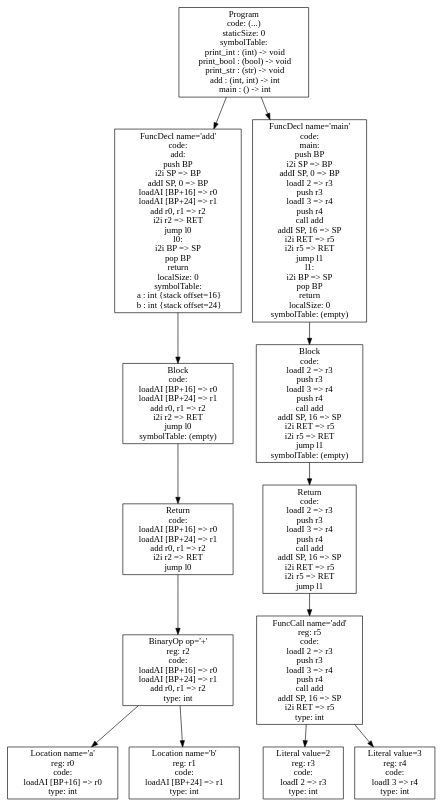
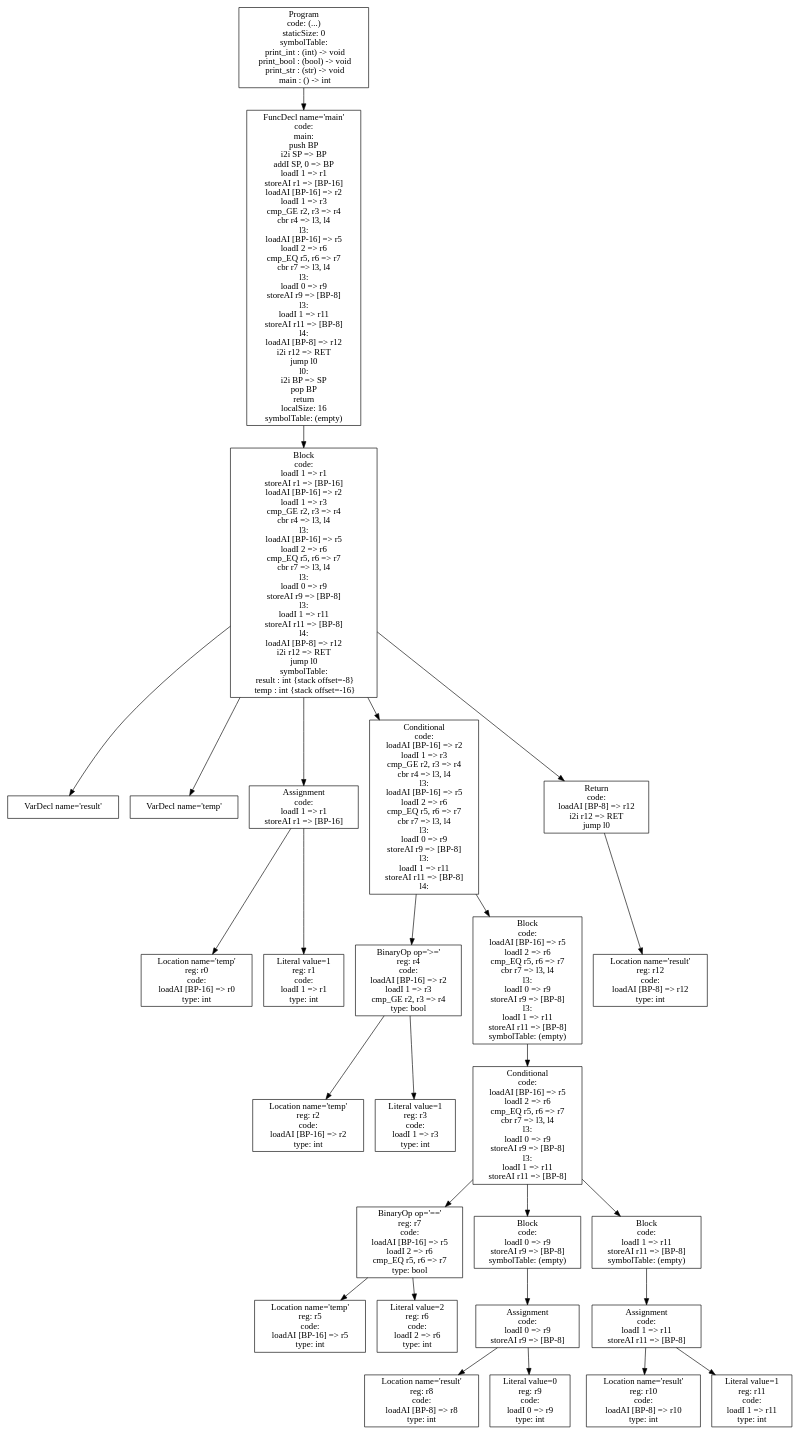
Before and after one commit to atrim11/CS432: the diagram in p4-codegen/iloc-tree.dot, drawn with Graphviz. The commit also changed 19 other files, not shown here.

```diff
--- a/p4-codegen/iloc-tree.dot
+++ b/p4-codegen/iloc-tree.dot
@@ -1,27 +1,55 @@
 digraph AST {
-5 [shape=box, label="Location name='a'\nreg: r0\ncode: \nloadAI [BP+16] => r0\ntype: int"];
-6 [shape=box, label="Location name='b'\nreg: r1\ncode: \nloadAI [BP+24] => r1\ntype: int"];
-4 [shape=box, label="BinaryOp op='+'\nreg: r2\ncode: \nloadAI [BP+16] => r0\nloadAI [BP+24] => r1\nadd r0, r1 => r2\ntype: int"];
-4 -> 5;
-4 -> 6;
-3 [shape=box, label="Return\ncode: \nloadAI [BP+16] => r0\nloadAI [BP+24] => r1\nadd r0, r1 => r2\ni2i r2 => RET\njump l0"];
-3 -> 4;
-2 [shape=box, label="Block\ncode: \nloadAI [BP+16] => r0\nloadAI [BP+24] => r1\nadd r0, r1 => r2\ni2i r2 => RET\njump l0\nsymbolTable: (empty)"];
+3 [shape=box, label="VarDecl name='result'"];
+4 [shape=box, label="VarDecl name='temp'"];
+6 [shape=box, label="Location name='temp'\nreg: r0\ncode: \nloadAI [BP-16] => r0\ntype: int"];
+7 [shape=box, label="Literal value=1\nreg: r1\ncode: \nloadI 1 => r1\ntype: int"];
+5 [shape=box, label="Assignment\ncode: \nloadI 1 => r1\nstoreAI r1 => [BP-16]"];
+5 -> 6;
+5 -> 7;
+10 [shape=box, label="Location name='temp'\nreg: r2\ncode: \nloadAI [BP-16] => r2\ntype: int"];
+11 [shape=box, label="Literal value=1\nreg: r3\ncode: \nloadI 1 => r3\ntype: int"];
+9 [shape=box, label="BinaryOp op='>='\nreg: r4\ncode: \nloadAI [BP-16] => r2\nloadI 1 => r3\ncmp_GE r2, r3 => r4\ntype: bool"];
+9 -> 10;
+9 -> 11;
+15 [shape=box, label="Location name='temp'\nreg: r5\ncode: \nloadAI [BP-16] => r5\ntype: int"];
+16 [shape=box, label="Literal value=2\nreg: r6\ncode: \nloadI 2 => r6\ntype: int"];
+14 [shape=box, label="BinaryOp op='=='\nreg: r7\ncode: \nloadAI [BP-16] => r5\nloadI 2 => r6\ncmp_EQ r5, r6 => r7\ntype: bool"];
+14 -> 15;
+14 -> 16;
+19 [shape=box, label="Location name='result'\nreg: r8\ncode: \nloadAI [BP-8] => r8\ntype: int"];
+20 [shape=box, label="Literal value=0\nreg: r9\ncode: \nloadI 0 => r9\ntype: int"];
+18 [shape=box, label="Assignment\ncode: \nloadI 0 => r9\nstoreAI r9 => [BP-8]"];
+18 -> 19;
+18 -> 20;
+17 [shape=box, label="Block\ncode: \nloadI 0 => r9\nstoreAI r9 => [BP-8]\nsymbolTable: (empty)"];
+17 -> 18;
+23 [shape=box, label="Location name='result'\nreg: r10\ncode: \nloadAI [BP-8] => r10\ntype: int"];
+24 [shape=box, label="Literal value=1\nreg: r11\ncode: \nloadI 1 => r11\ntype: int"];
+22 [shape=box, label="Assignment\ncode: \nloadI 1 => r11\nstoreAI r11 => [BP-8]"];
+22 -> 23;
+22 -> 24;
+21 [shape=box, label="Block\ncode: \nloadI 1 => r11\nstoreAI r11 => [BP-8]\nsymbolTable: (empty)"];
+21 -> 22;
+13 [shape=box, label="Conditional\ncode: \nloadAI [BP-16] => r5\nloadI 2 => r6\ncmp_EQ r5, r6 => r7\ncbr r7 => l3, l4\nl3:\nloadI 0 => r9\nstoreAI r9 => [BP-8]\nl3:\nloadI 1 => r11\nstoreAI r11 => [BP-8]"];
+13 -> 14;
+13 -> 17;
+13 -> 21;
+12 [shape=box, label="Block\ncode: \nloadAI [BP-16] => r5\nloadI 2 => r6\ncmp_EQ r5, r6 => r7\ncbr r7 => l3, l4\nl3:\nloadI 0 => r9\nstoreAI r9 => [BP-8]\nl3:\nloadI 1 => r11\nstoreAI r11 => [BP-8]\nsymbolTable: (empty)"];
+12 -> 13;
+8 [shape=box, label="Conditional\ncode: \nloadAI [BP-16] => r2\nloadI 1 => r3\ncmp_GE r2, r3 => r4\ncbr r4 => l3, l4\nl3:\nloadAI [BP-16] => r5\nloadI 2 => r6\ncmp_EQ r5, r6 => r7\ncbr r7 => l3, l4\nl3:\nloadI 0 => r9\nstoreAI r9 => [BP-8]\nl3:\nloadI 1 => r11\nstoreAI r11 => [BP-8]\nl4:"];
+8 -> 9;
+8 -> 12;
+26 [shape=box, label="Location name='result'\nreg: r12\ncode: \nloadAI [BP-8] => r12\ntype: int"];
+25 [shape=box, label="Return\ncode: \nloadAI [BP-8] => r12\ni2i r12 => RET\njump l0"];
+25 -> 26;
+2 [shape=box, label="Block\ncode: \nloadI 1 => r1\nstoreAI r1 => [BP-16]\nloadAI [BP-16] => r2\nloadI 1 => r3\ncmp_GE r2, r3 => r4\ncbr r4 => l3, l4\nl3:\nloadAI [BP-16] => r5\nloadI 2 => r6\ncmp_EQ r5, r6 => r7\ncbr r7 => l3, l4\nl3:\nloadI 0 => r9\nstoreAI r9 => [BP-8]\nl3:\nloadI 1 => r11\nstoreAI r11 => [BP-8]\nl4:\nloadAI [BP-8] => r12\ni2i r12 => RET\njump l0\nsymbolTable: \n  result : int {stack offset=-8}\n  temp : int {stack offset=-16}"];
 2 -> 3;
-1 [shape=box, label="FuncDecl name='add'\ncode: \nadd:\npush BP\ni2i SP => BP\naddI SP, 0 => BP\nloadAI [BP+16] => r0\nloadAI [BP+24] => r1\nadd r0, r1 => r2\ni2i r2 => RET\njump l0\nl0:\ni2i BP => SP\npop BP\nreturn\nlocalSize: 0\nsymbolTable: \n  a : int {stack offset=16}\n  b : int {stack offset=24}"];
+2 -> 4;
+2 -> 5;
+2 -> 8;
+2 -> 25;
+1 [shape=box, label="FuncDecl name='main'\ncode: \nmain:\npush BP\ni2i SP => BP\naddI SP, 0 => BP\nloadI 1 => r1\nstoreAI r1 => [BP-16]\nloadAI [BP-16] => r2\nloadI 1 => r3\ncmp_GE r2, r3 => r4\ncbr r4 => l3, l4\nl3:\nloadAI [BP-16] => r5\nloadI 2 => r6\ncmp_EQ r5, r6 => r7\ncbr r7 => l3, l4\nl3:\nloadI 0 => r9\nstoreAI r9 => [BP-8]\nl3:\nloadI 1 => r11\nstoreAI r11 => [BP-8]\nl4:\nloadAI [BP-8] => r12\ni2i r12 => RET\njump l0\nl0:\ni2i BP => SP\npop BP\nreturn\nlocalSize: 16\nsymbolTable: (empty)"];
 1 -> 2;
-11 [shape=box, label="Literal value=2\nreg: r3\ncode: \nloadI 2 => r3\ntype: int"];
-12 [shape=box, label="Literal value=3\nreg: r4\ncode: \nloadI 3 => r4\ntype: int"];
-10 [shape=box, label="FuncCall name='add'\nreg: r5\ncode: \nloadI 2 => r3\npush r3\nloadI 3 => r4\npush r4\ncall add\naddI SP, 16 => SP\ni2i RET => r5\ntype: int"];
-10 -> 11;
-10 -> 12;
-9 [shape=box, label="Return\ncode: \nloadI 2 => r3\npush r3\nloadI 3 => r4\npush r4\ncall add\naddI SP, 16 => SP\ni2i RET => r5\ni2i r5 => RET\njump l1"];
-9 -> 10;
-8 [shape=box, label="Block\ncode: \nloadI 2 => r3\npush r3\nloadI 3 => r4\npush r4\ncall add\naddI SP, 16 => SP\ni2i RET => r5\ni2i r5 => RET\njump l1\nsymbolTable: (empty)"];
-8 -> 9;
-7 [shape=box, label="FuncDecl name='main'\ncode: \nmain:\npush BP\ni2i SP => BP\naddI SP, 0 => BP\nloadI 2 => r3\npush r3\nloadI 3 => r4\npush r4\ncall add\naddI SP, 16 => SP\ni2i RET => r5\ni2i r5 => RET\njump l1\nl1:\ni2i BP => SP\npop BP\nreturn\nlocalSize: 0\nsymbolTable: (empty)"];
-7 -> 8;
-0 [shape=box, label="Program\ncode: (...)\nstaticSize: 0\nsymbolTable: \n  print_int : (int) -> void\n  print_bool : (bool) -> void\n  print_str : (str) -> void\n  add : (int, int) -> int\n  main : () -> int"];
+0 [shape=box, label="Program\ncode: (...)\nstaticSize: 0\nsymbolTable: \n  print_int : (int) -> void\n  print_bool : (bool) -> void\n  print_str : (str) -> void\n  main : () -> int"];
 0 -> 1;
-0 -> 7;
 }
```
